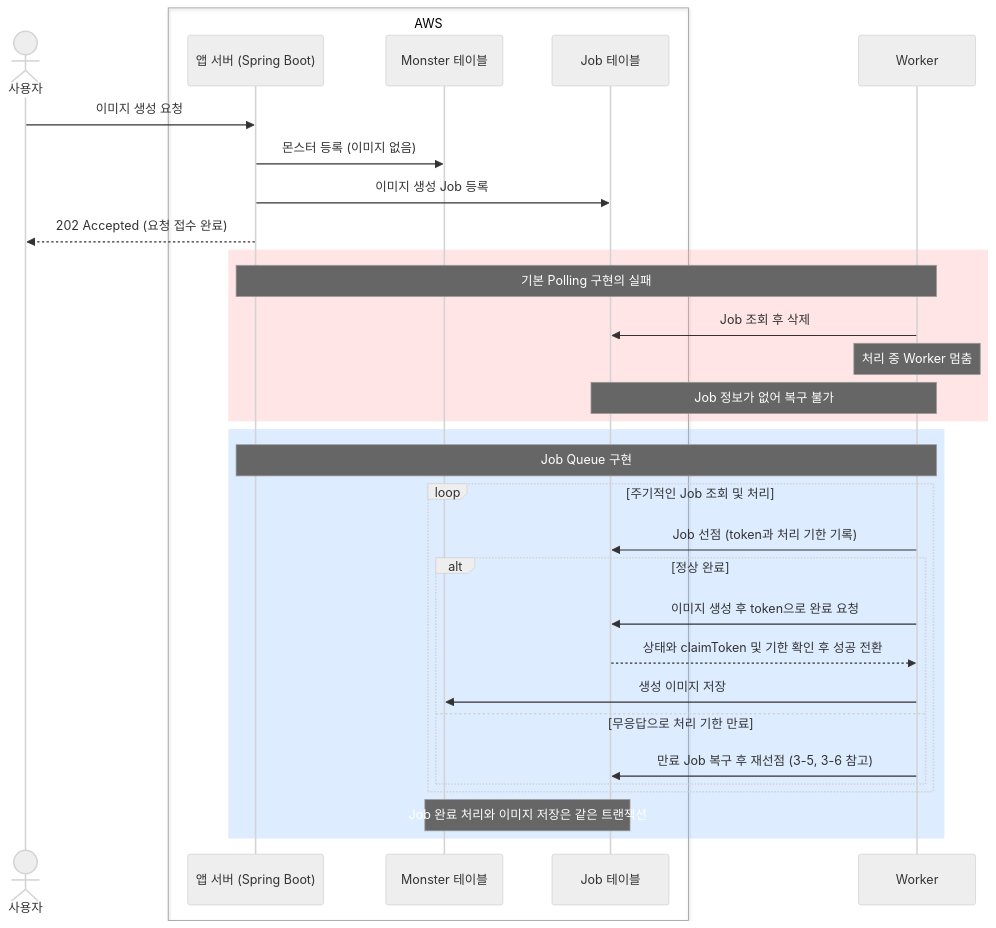
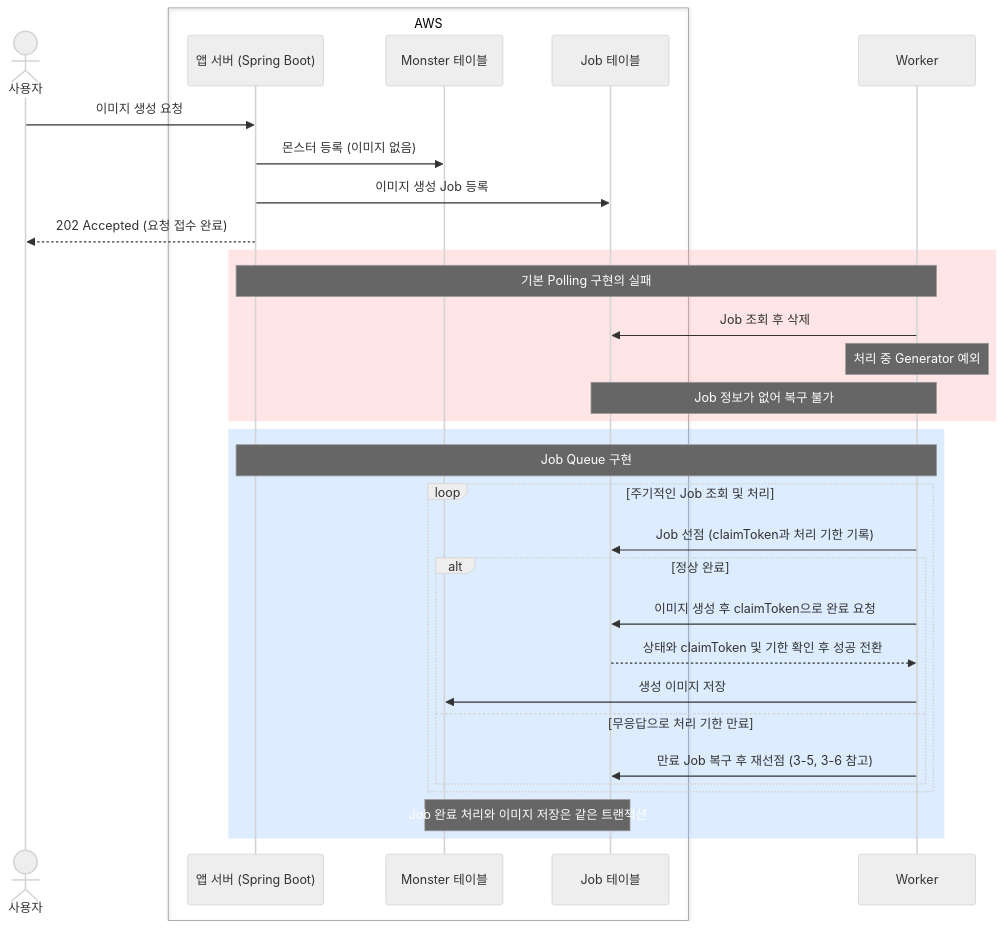
One commit to woowacourse/woowa-writing changed the third of 5 diagrams in LEVEL4-milan.md. Above: the diagram before and after it, drawn with Mermaid (neutral theme). The commit also changed other lines of this file, not shown here.

Commit message:
docs: Worker 강제 종료 검증과 규칙별 사용자 영향 추가, 2장 질문 재구성

````diff
--- a/LEVEL4-milan.md
+++ b/LEVEL4-milan.md
@@ -87,42 +89,42 @@
 ```mermaid
 sequenceDiagram
     actor User as 사용자
 
     box AWS
         participant App as 앱 서버 (Spring Boot)
         participant Monster as Monster 테이블
         participant Job as Job 테이블
     end
 
     participant Worker
 
     User->>App: 이미지 생성 요청
     App->>Monster: 몬스터 등록 (이미지 없음)
     App->>Job: 이미지 생성 Job 등록
     App-->>User: 202 Accepted (요청 접수 완료)
 
     rect rgba(254, 152, 152, 0.25)
         Note over App,Worker: 기본 Polling 구현의 실패
         Worker->>Job: Job 조회 후 삭제
-        Note over Worker: 처리 중 Worker 멈춤
+        Note over Worker: 처리 중 Generator 예외
         Note over Job,Worker: Job 정보가 없어 복구 불가
     end
 
     rect rgba(120, 178, 255, 0.25)
         Note over App,Worker: Job Queue 구현
 
         loop 주기적인 Job 조회 및 처리
-            Worker->>Job: Job 선점 (token과 처리 기한 기록)
+            Worker->>Job: Job 선점 (claimToken과 처리 기한 기록)
 
             alt 정상 완료
-                Worker->>Job: 이미지 생성 후 token으로 완료 요청
+                Worker->>Job: 이미지 생성 후 claimToken으로 완료 요청
                 Job-->>Worker: 상태와 claimToken 및 기한 확인 후 성공 전환
                 Worker->>Monster: 생성 이미지 저장
             else 무응답으로 처리 기한 만료
                 Worker->>Job: 만료 Job 복구 후 재선점 (3-5, 3-6 참고)
             end
         end
 
         Note over Monster,Job: Job 완료 처리와 이미지 저장은 같은 트랜잭션
     end
 ```
````
